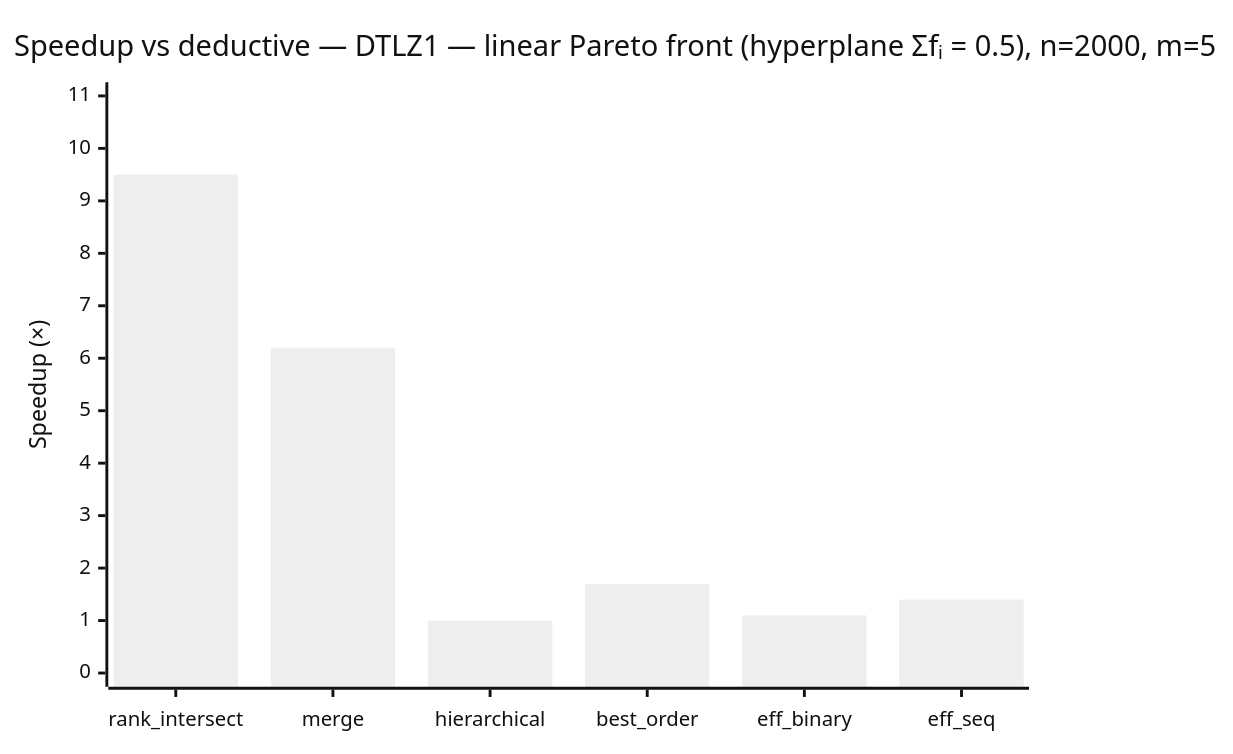
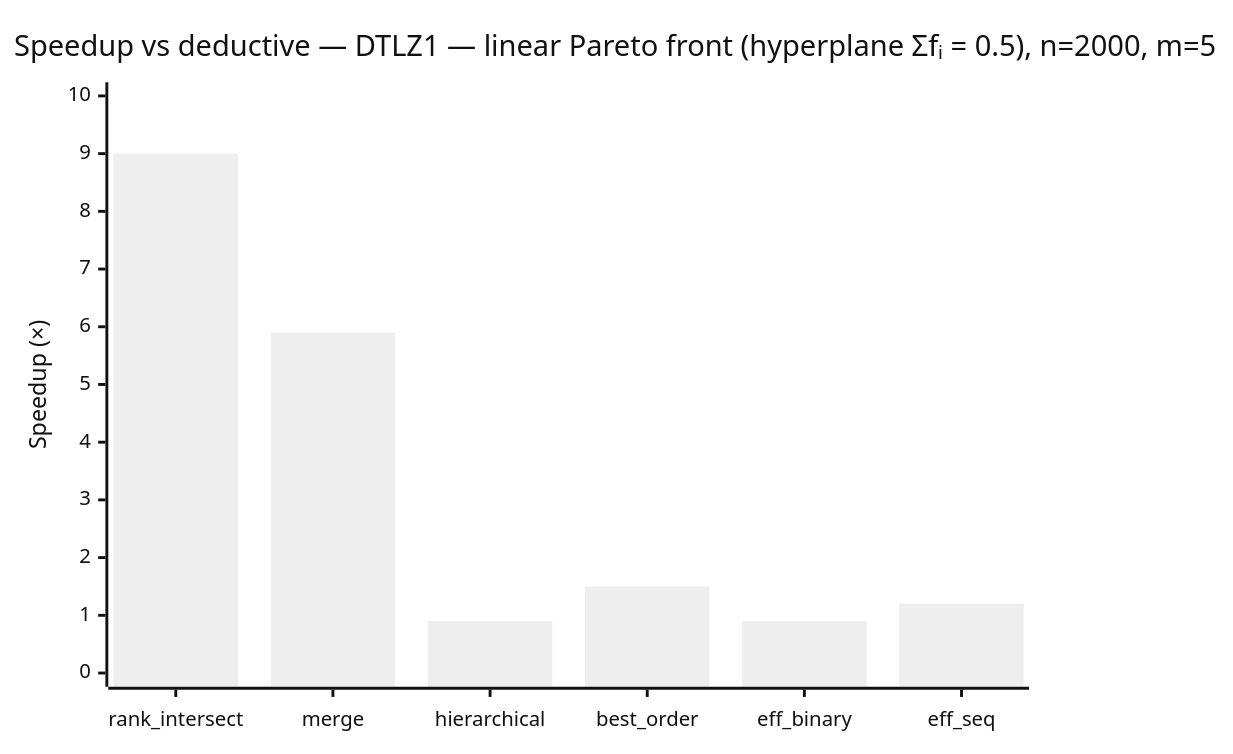
The fifth of 8 diagrams in BENCHMARKS.md (foolnotion/ndsort), drawn with Mermaid (neutral theme) before and after one commit. The commit also changed other lines of this file and 13 other files, not shown here.

````diff
--- a/BENCHMARKS.md
+++ b/BENCHMARKS.md
@@ -149,7 +149,7 @@
 ```mermaid
 xychart-beta
     title "Speedup vs deductive — DTLZ1 — linear Pareto front (hyperplane Σfᵢ = 0.5), n=2000, m=5"
     x-axis ["rank_intersect", "merge", "hierarchical", "best_order", "eff_binary", "eff_seq"]
-    y-axis "Speedup (×)" 0 --> 11
-    bar [9.5, 6.2, 1.0, 1.7, 1.1, 1.4]
+    y-axis "Speedup (×)" 0 --> 10
+    bar [9.0, 5.9, 0.9, 1.5, 0.9, 1.2]
 ```
````
